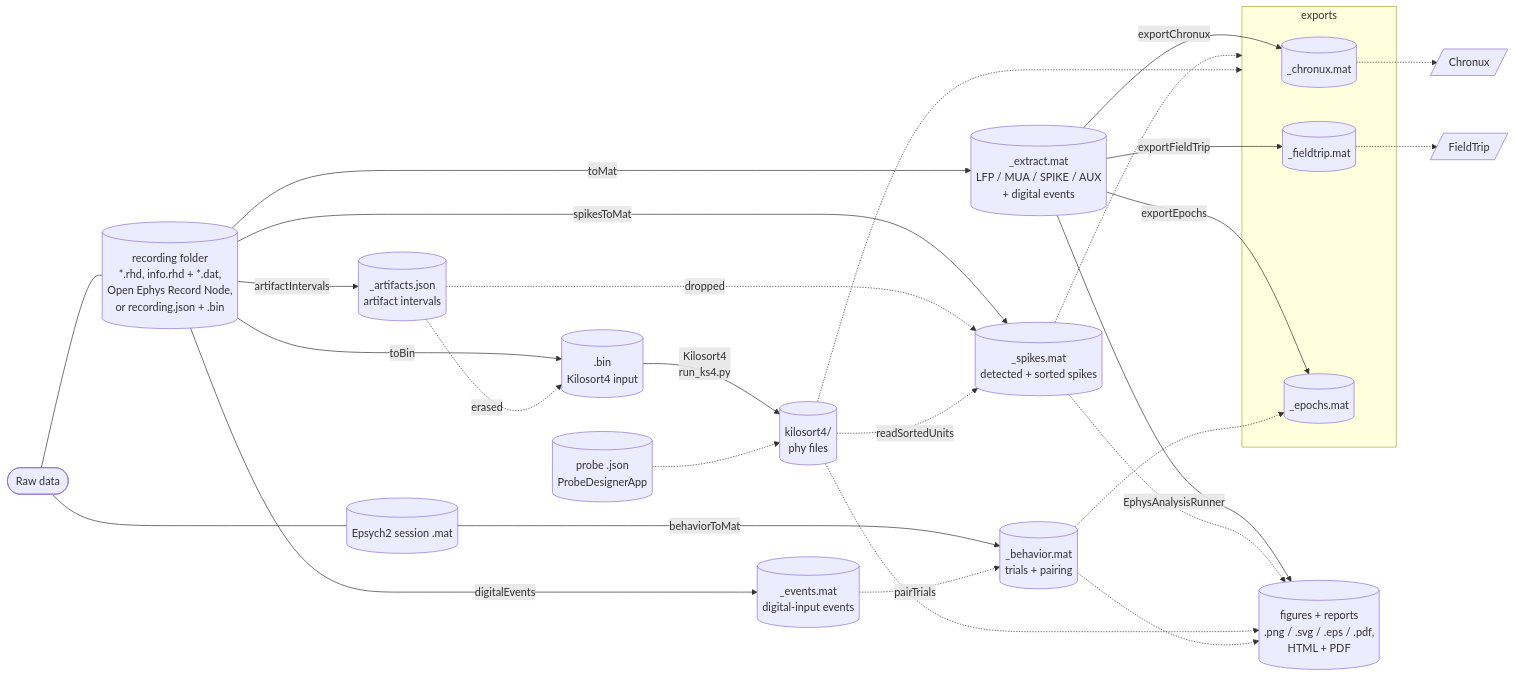
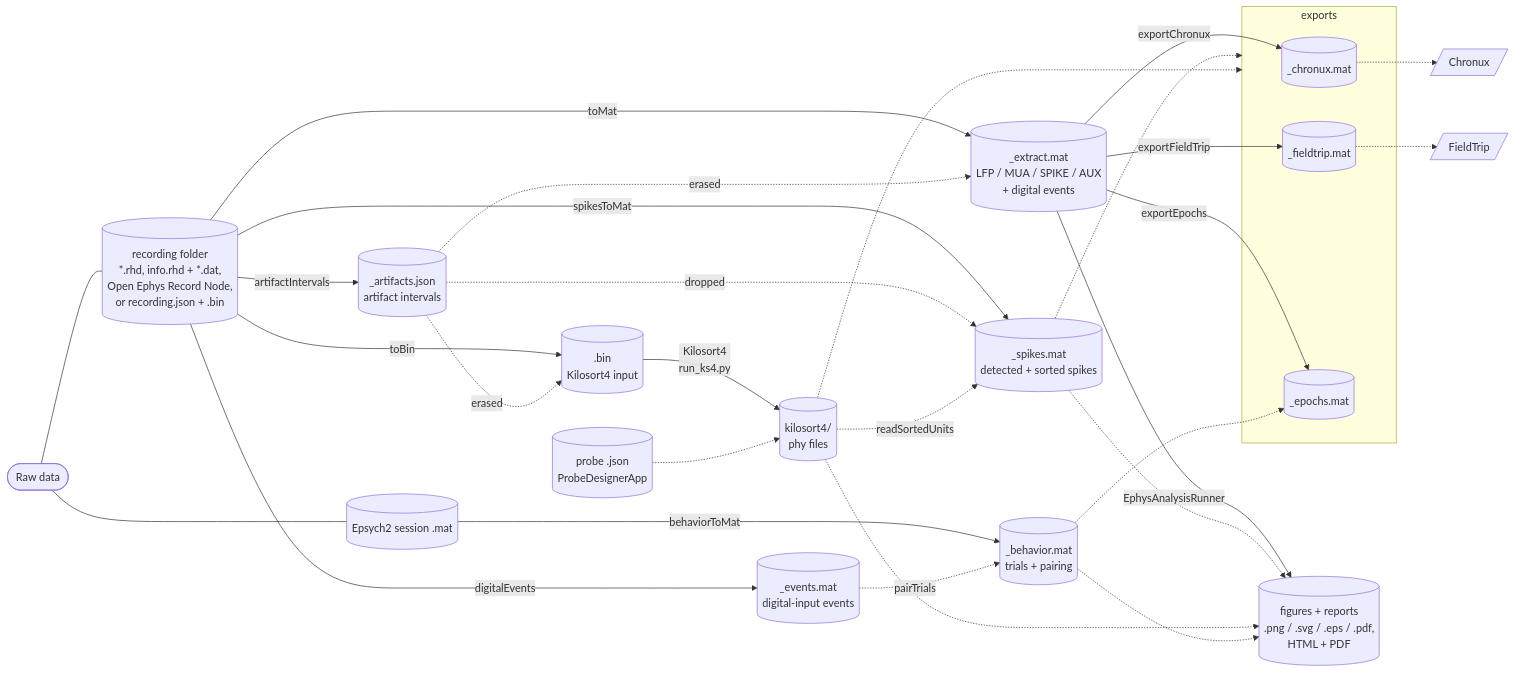
The diagram in documentation/README.md (dstolz/ephys_analysis), drawn with Mermaid before and after one commit. The commit also changed other lines of this file and 8 other files, not shown here.

````diff
--- a/documentation/README.md
+++ b/documentation/README.md
@@ -52,36 +52,37 @@
 ```mermaid
 flowchart LR
     RAW(["Raw data"])
     RAW --- REC[("recording folder<br/>*.rhd, info.rhd + *.dat,<br/>Open Ephys Record Node,<br/>or recording.json + .bin")]
     RAW --- BEH[(Epsych2 session .mat)]
 
     REC -- digitalEvents --> EVT[("_events.mat<br/>digital-input events")]
     REC -- artifactIntervals --> ART[("_artifacts.json<br/>artifact intervals")]
     REC -- toBin --> BIN[(".bin<br/>Kilosort4 input")]
     REC -- toMat --> MAT[("_extract.mat<br/>LFP / MUA / SPIKE / AUX<br/>+ digital events")]
     REC -- spikesToMat --> SPK[("_spikes.mat<br/>detected + sorted spikes")]
     BEH -- behaviorToMat ----> BMAT[("_behavior.mat<br/>trials + pairing")]
 
     ART -. erased .-> BIN
+    ART -. erased .-> MAT
     ART -. dropped .-> SPK
     BIN -- "Kilosort4<br/>run_ks4.py" --> KS[("kilosort4/<br/>phy files")]
     PRB[("probe .json<br/>ProbeDesignerApp")] -.-> KS
     KS -. readSortedUnits .-> SPK
     EVT -. pairTrials .-> BMAT
 
     subgraph EXP["exports"]
         CHX[(_chronux.mat)]
         FTX[(_fieldtrip.mat)]
         EPO[(_epochs.mat)]
     end
     MAT -- exportChronux --> CHX
     MAT -- exportFieldTrip --> FTX
     MAT -- exportEpochs --> EPO
     SPK & KS -.-> EXP
     BMAT -.-> EPO
     CHX -.-> CHRONUX[/Chronux/]
     FTX -.-> FIELDTRIP[/FieldTrip/]
 
     MAT -- EphysAnalysisRunner --> FIGS[("figures + reports<br/>.png / .svg / .eps / .pdf,<br/>HTML + PDF")]
     SPK & KS & BMAT -.-> FIGS
 ```
````
